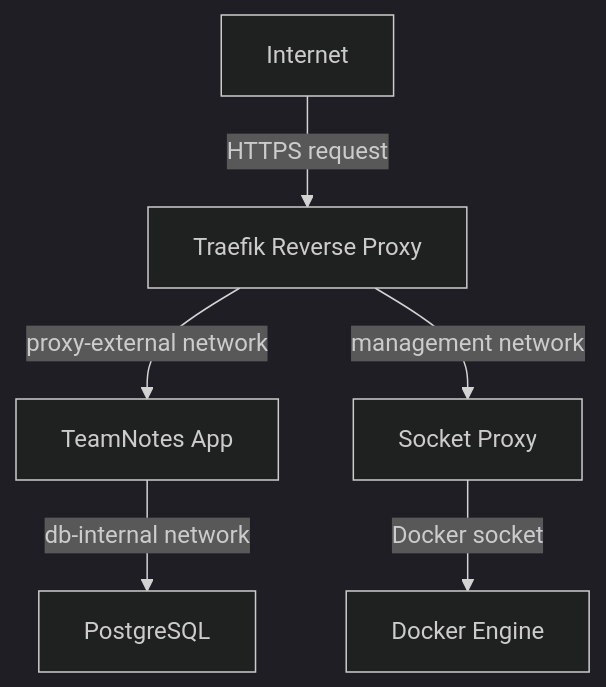
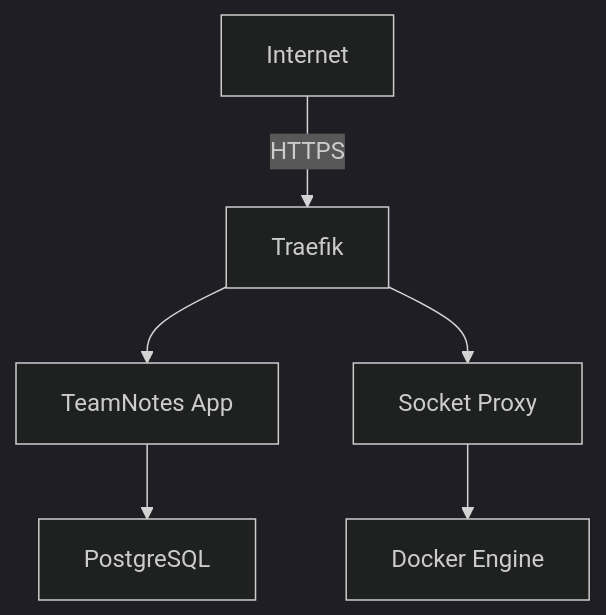
One commit to peermesh/docker-lab-docs changed the second of 3 diagrams in docs/extending.md. Above: the diagram before and after it, drawn with Mermaid (dark theme). The commit also changed other lines of this file and 13 other files, not shown here.

First line of the commit message:
fix: improve diagram legibility and icon rendering

````diff
--- a/docs/extending.md
+++ b/docs/extending.md
@@ -172,15 +172,15 @@
 ```mermaid
 flowchart TB
     Internet["Internet"]
-    Traefik["Traefik Reverse Proxy"]
+    Traefik["Traefik"]
     TeamNotes["TeamNotes App"]
     Postgres["PostgreSQL"]
     SocketProxy["Socket Proxy"]
     Docker["Docker Engine"]
 
-    Internet -->|"HTTPS request"| Traefik
-    Traefik -->|"proxy-external network"| TeamNotes
-    TeamNotes -->|"db-internal network"| Postgres
-    Traefik -->|"management network"| SocketProxy
-    SocketProxy -->|"Docker socket"| Docker
+    Internet -->|"HTTPS"| Traefik
+    Traefik --> TeamNotes
+    TeamNotes --> Postgres
+    Traefik --> SocketProxy
+    SocketProxy --> Docker
 ```
````
